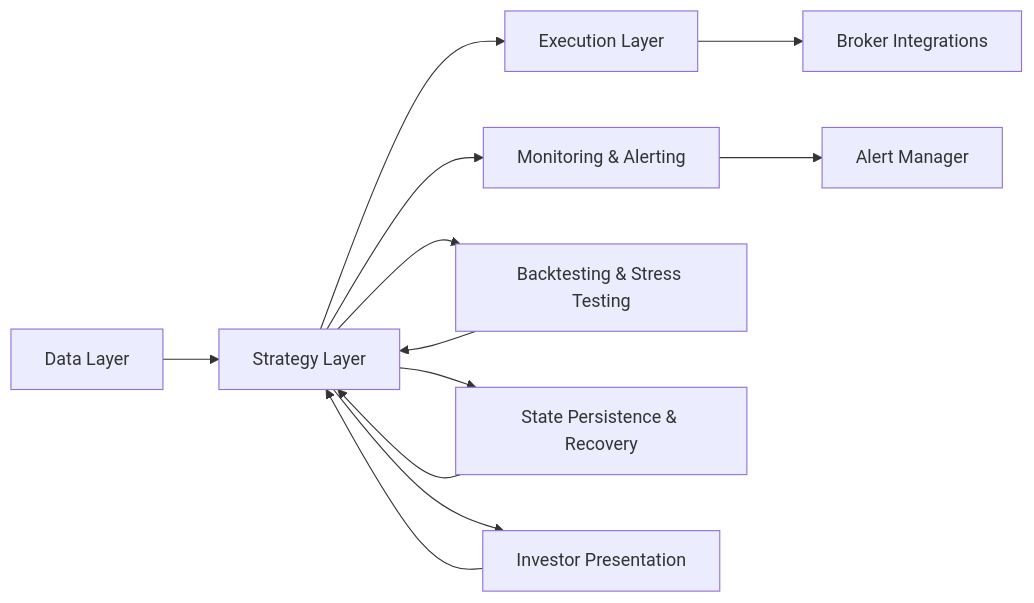
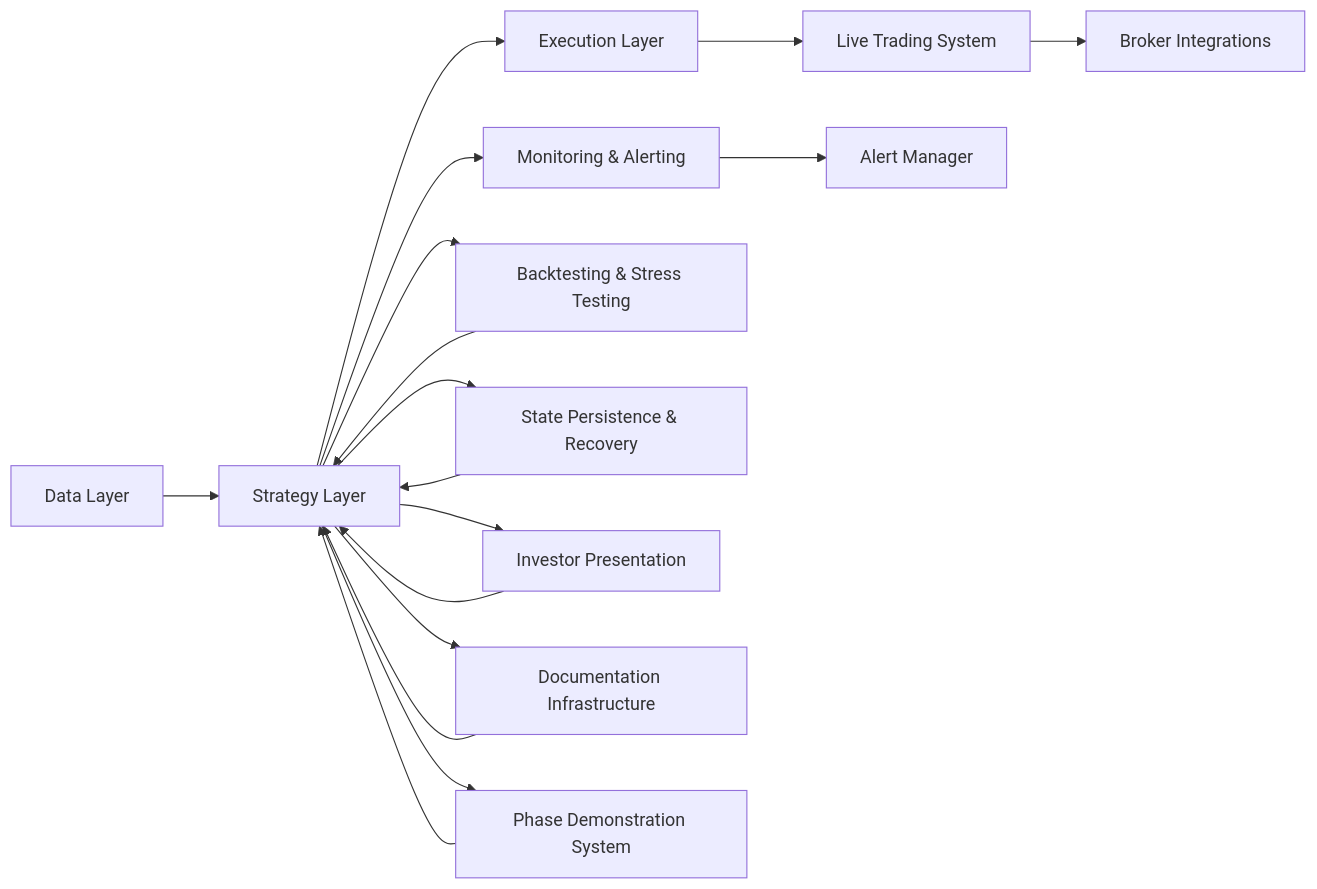
Before and after one commit to guofeng201507/shark-quant-trader: the ninth of 9 diagrams in .qoder/repowiki/en/content/Project Overview/Project Overview.md, drawn with Mermaid. The commit also changed other lines of this file and 14 other files, not shown here.

Commit message:
Update project wiki: add Phase 5-7 documentation

````diff
--- a/.qoder/repowiki/en/content/Project Overview/Project Overview.md
+++ b/.qoder/repowiki/en/content/Project Overview/Project Overview.md
@@ -368,14 +579,19 @@
 ```mermaid
 graph LR
 Data["Data Layer"] --> Strategy["Strategy Layer"]
 Strategy --> Execution["Execution Layer"]
 Strategy --> Monitoring["Monitoring & Alerting"]
 Strategy --> Backtest["Backtesting & Stress Testing"]
 Strategy --> State["State Persistence & Recovery"]
 Strategy --> Presentation["Investor Presentation"]
-Execution --> Broker["Broker Integrations"]
+Strategy --> Documentation["Documentation Infrastructure"]
+Strategy --> Demos["Phase Demonstration System"]
+Execution --> LiveTrading["Live Trading System"]
+LiveTrading --> Broker["Broker Integrations"]
 Monitoring --> Alerts["Alert Manager"]
 Backtest --> Strategy
 State --> Strategy
 Presentation --> Strategy
+Documentation --> Strategy
+Demos --> Strategy
 ```
````
